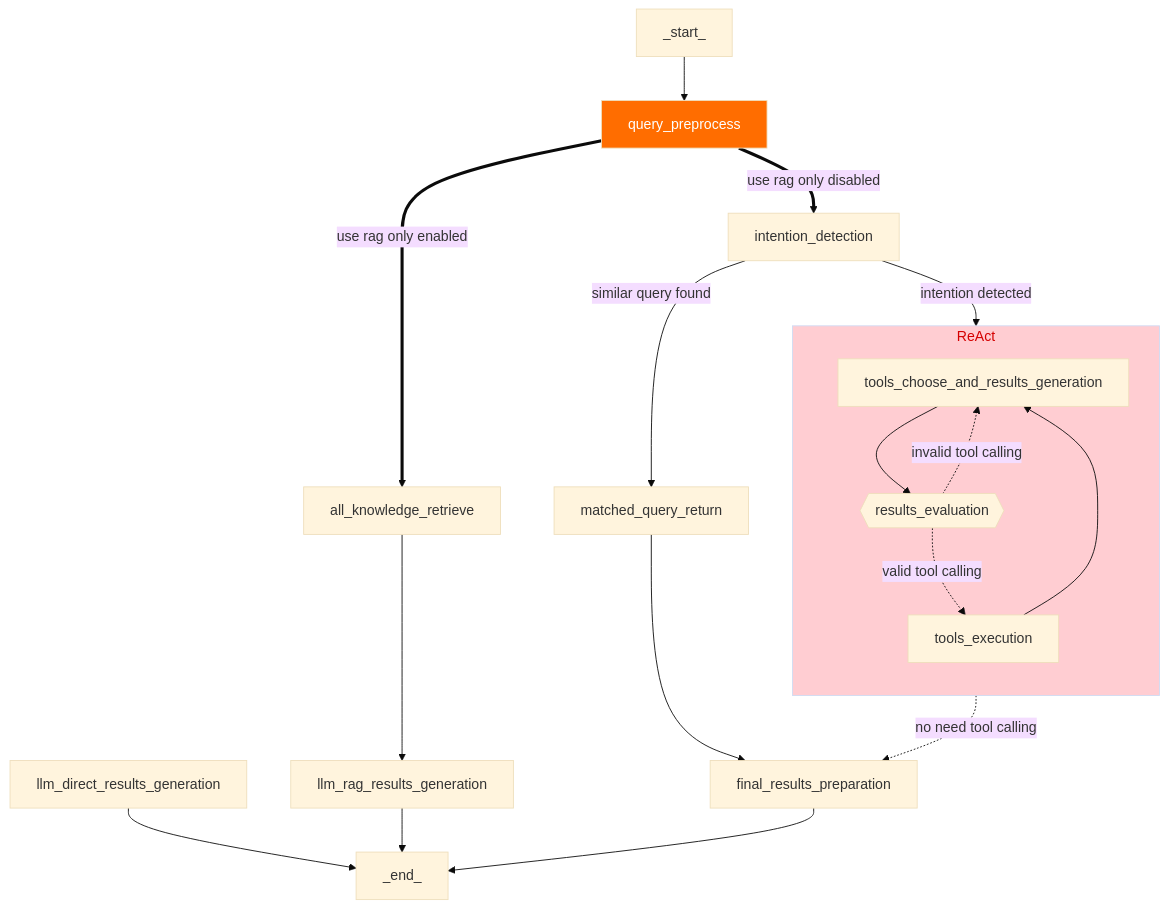
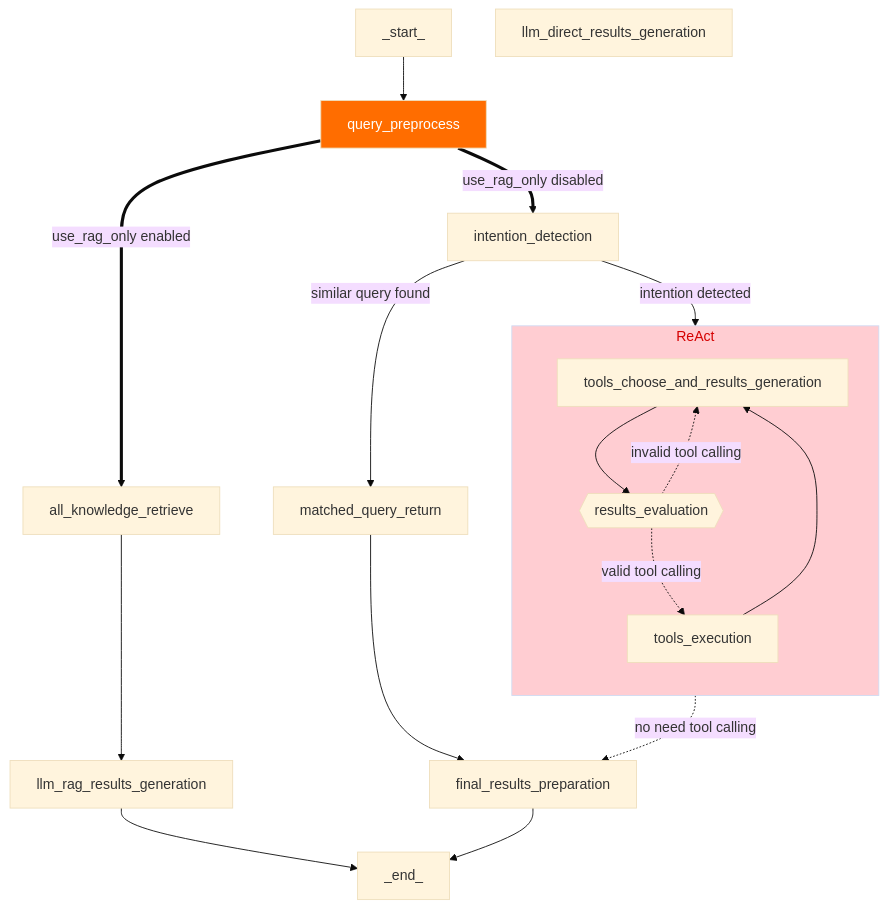
One commit to aws-samples/Intelli-Agent changed the diagram in README_zh-cn.md. Above: the diagram before and after it, drawn with Mermaid (base theme).

Commit message:
docs: update graph

````diff
--- a/README_zh-cn.md
+++ b/README_zh-cn.md
@@ -120,36 +120,35 @@
 ```mermaid
 flowchart TD
  subgraph ReAct["ReAct"]
     direction TB
         tools_choose_and_results_generation["tools_choose_and_results_generation"]
         results_evaluation{{"results_evaluation"}}
         tools_execution["tools_execution"]
   end
     _start_["_start_"] --> query_preprocess["query_preprocess"]
-    query_preprocess == "use rag only" enabled ==> all_knowledge_retrieve["all_knowledge_retrieve"]
-    query_preprocess == "use rag only" disabled ==> intention_detection["intention_detection"]
+    query_preprocess == use_rag_only enabled ==> all_knowledge_retrieve["all_knowledge_retrieve"]
+    query_preprocess == use_rag_only disabled ==> intention_detection["intention_detection"]
     all_knowledge_retrieve --> llm_rag_results_generation["llm_rag_results_generation"]
     intention_detection -- similar query found --> matched_query_return["matched_query_return"]
     intention_detection -- intention detected --> tools_choose_and_results_generation
     tools_choose_and_results_generation --> results_evaluation
     results_evaluation -. invalid tool calling .-> tools_choose_and_results_generation
     results_evaluation -. valid tool calling .-> tools_execution
     results_evaluation -. no need tool calling .-> final_results_preparation["final_results_preparation"]
     tools_execution --> tools_choose_and_results_generation
-    llm_direct_results_generation --> _end_["_end_"]
     llm_rag_results_generation --> _end_
     matched_query_return --> final_results_preparation
     final_results_preparation --> _end_
      tools_choose_and_results_generation:::process
      results_evaluation:::process
      tools_execution:::process
      query_preprocess:::process
      llm_direct_results_generation:::process
      all_knowledge_retrieve:::process
      intention_detection:::process
      llm_rag_results_generation:::process
      matched_query_return:::process
      final_results_preparation:::process
     style query_preprocess fill:#FF6D00,color:#FFFFFF
     style ReAct fill:#FFCDD2,color:#D50000
 ```
````
